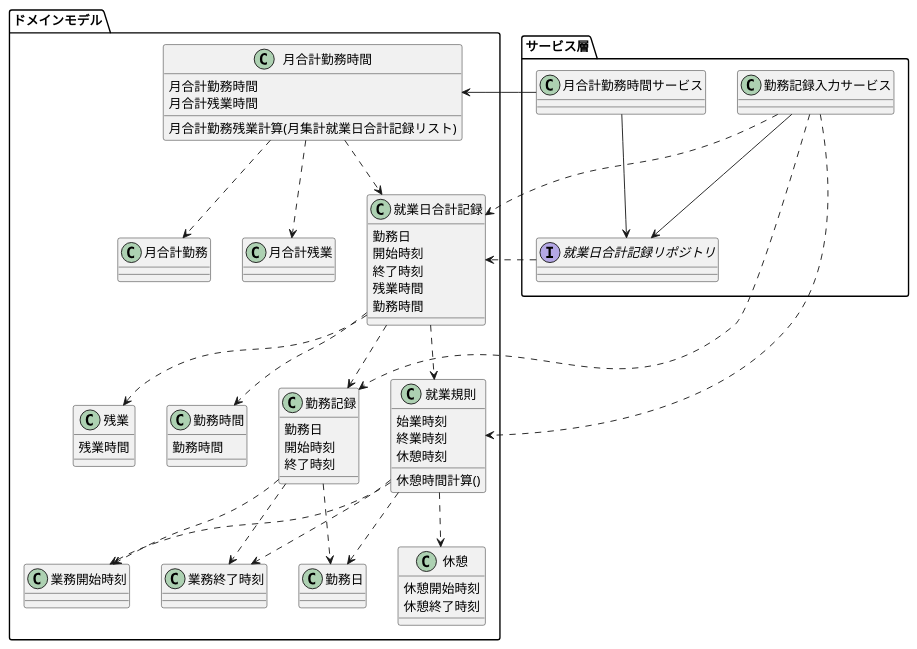
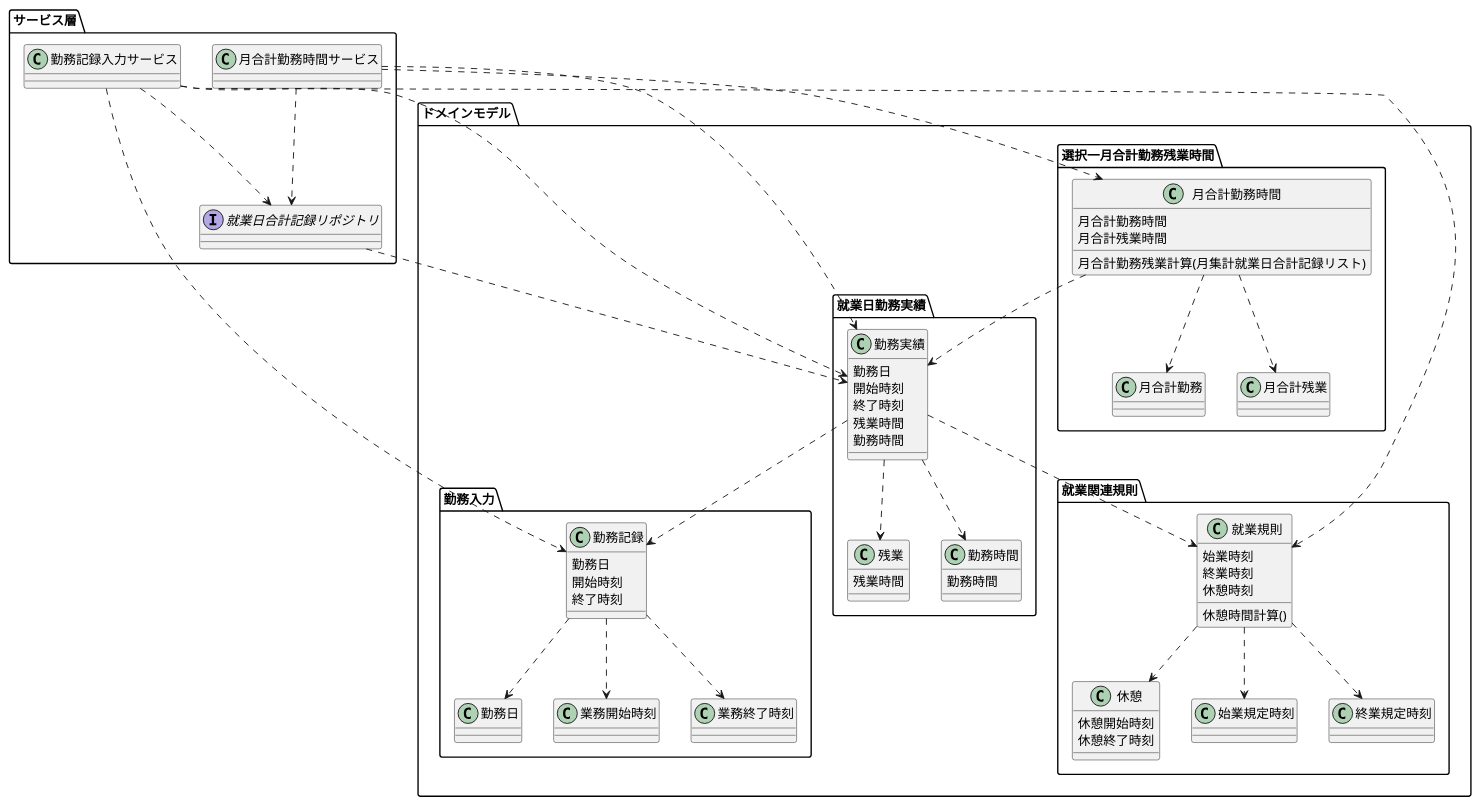
The diagram in Kmodel.puml (biglobe-isp/kintai), drawn with PlantUML before and after one commit. The commit also changed 3 other files, not shown here.

```diff
--- a/Kmodel.puml
+++ b/Kmodel.puml
@@ -1,86 +1,101 @@
 @startuml kintaiD
 package ドメインモデル{
-    class 勤務記録{
-        勤務日
-        開始時刻
-        終了時刻
+    package 就業日勤務実績{
+        class 勤務実績{
+            勤務日
+            開始時刻
+            終了時刻
+            残業時間
+            勤務時間
+        }
+        class 残業{
+            残業時間
+        }
+        class 勤務時間{
+            勤務時間
+        }
+
     }
-    class 就業規則{
-        始業時刻
-        終業時刻
-        休憩時刻
+    package 勤務入力{
+        class 勤務記録{
+            勤務日
+            開始時刻
+            終了時刻
+        }
+        class 勤務日{
+         }
+        class 業務開始時刻{
+         }
+        class 業務終了時刻{
+        }
+    }
+    package 就業関連規則{
+        class 就業規則{
+            始業時刻
+            終業時刻
+            休憩時刻
 
-        休憩時間計算()
-    }
-    class 勤務日{
-    }
-    class 業務開始時刻{
-    }
-    class 業務終了時刻{
+            休憩時間計算()
+        }
+
+
+        class 休憩{
+            休憩開始時刻
+            休憩終了時刻
+        }
+        class 始業規定時刻{
+        }
+        class 終業規定時刻{
+        }
     }
 
-    class 休憩{
-        休憩開始時刻
-        休憩終了時刻
+
+    package 選択一月合計勤務残業時間 {
+        class 月合計勤務時間{
+            月合計勤務時間
+            月合計残業時間
+            月合計勤務残業計算(月集計就業日合計記録リスト)
+        }
+        class 月合計勤務{
+        }
+        class 月合計残業{
+        }
     }
-    class 残業{
-        残業時間
-    }
-    
-    class 勤務時間{
-        勤務時間
-    }
-    class 就業日合計記録{
-        勤務日
-        開始時刻
-        終了時刻
-        残業時間
-        勤務時間
-    }
-    class 月合計勤務時間{
-        月合計勤務時間
-        月合計残業時間
-        月合計勤務残業計算(月集計就業日合計記録リスト)
-    }
-    class 月合計勤務{
-    }
-    class 月合計残業{
-    }
-    就業日合計記録 ..> 勤務時間
-    就業日合計記録 ..> 残業
-    就業日合計記録 ..> 就業規則
-    就業日合計記録 ..> 勤務記録
+    勤務実績 ..> 勤務時間
+    勤務実績 ..> 残業
+    勤務実績 ..> 就業規則
+    勤務実績 ..> 勤務記録
 
     就業規則 ..> 休憩
-    就業規則 ..> 勤務日
-    就業規則 ..> 業務開始時刻
-    就業規則 ..> 業務終了時刻
+    就業規則 ..> 始業規定時刻
+    就業規則 ..> 終業規定時刻
     
     勤務記録 ..> 勤務日
     勤務記録 ..> 業務開始時刻
     勤務記録 ..> 業務終了時刻
 
-    月合計勤務時間 ..> 就業日合計記録
+    月合計勤務時間 ..> 勤務実績
     月合計勤務時間 ..> 月合計勤務
     月合計勤務時間 ..> 月合計残業
 }
 package サービス層{
     class 勤務記録入力サービス{
 
     }
     interface 就業日合計記録リポジトリ{
 
     }
     class 月合計勤務時間サービス{
     }
 
-    勤務記録入力サービス ..> 就業日合計記録
-    勤務記録入力サービス --> 就業日合計記録リポジトリ
+    勤務記録入力サービス ..> 勤務実績
+    勤務記録入力サービス ..> 就業日合計記録リポジトリ
     勤務記録入力サービス ..> 勤務記録
-    就業日合計記録リポジトリ..> 就業日合計記録
     勤務記録入力サービス ..> 就業規則
-    月合計勤務時間サービス --> 就業日合計記録リポジトリ
-    月合計勤務時間サービス -left-> 月合計勤務時間
+    就業日合計記録リポジトリ ..> 勤務実績
+    月合計勤務時間サービス ..> 就業日合計記録リポジトリ
+    月合計勤務時間サービス ..> 月合計勤務時間
+    月合計勤務時間サービス ..> 勤務実績
 
 }
 @enduml
```
